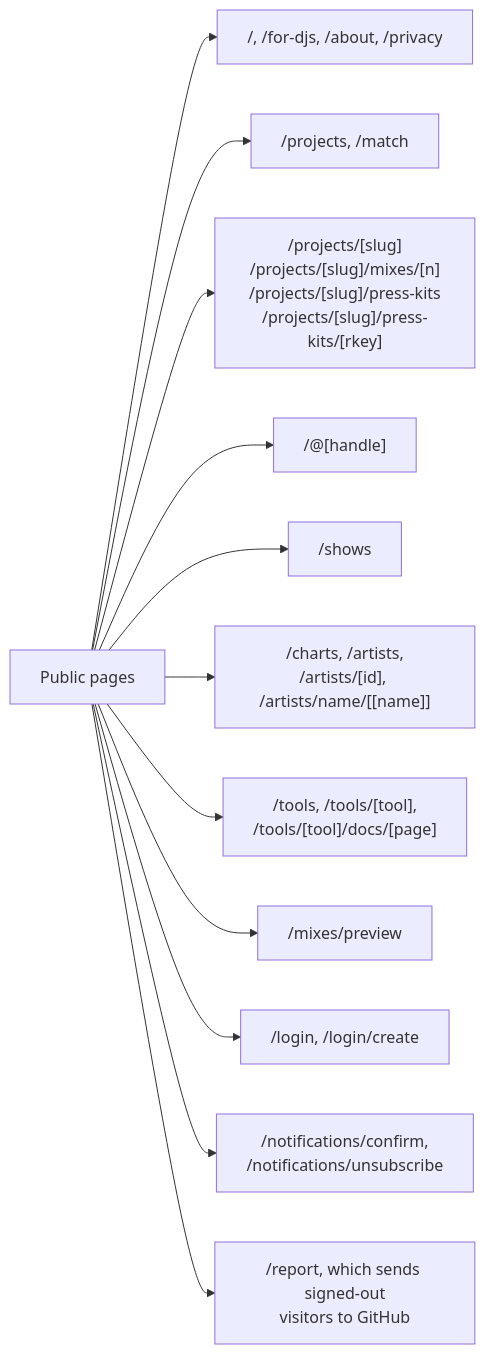
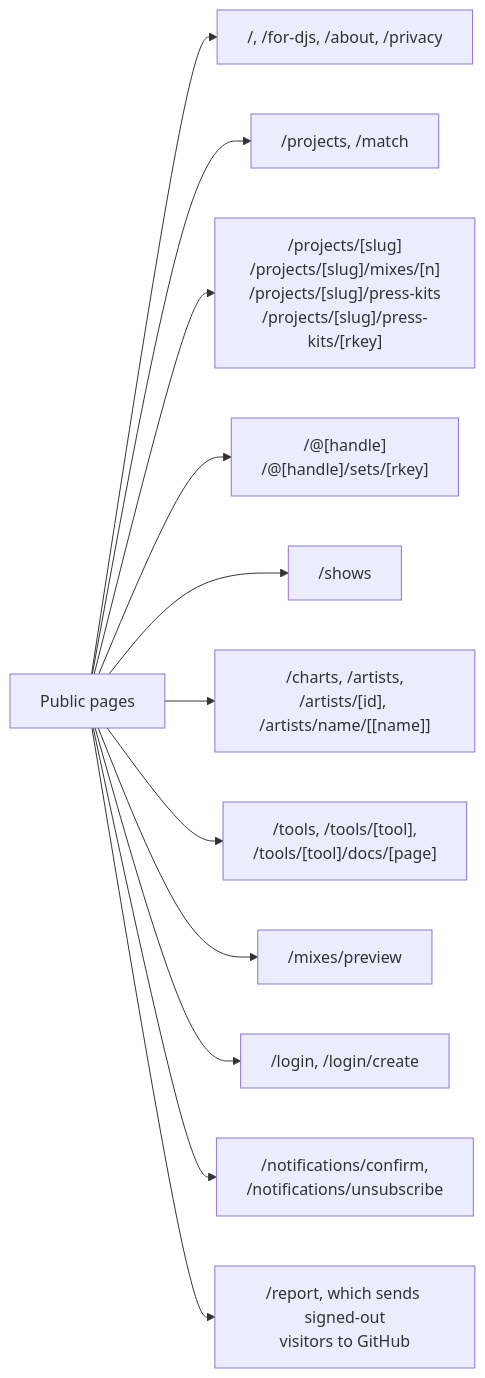
The seventh of 11 diagrams in apps/web/docs/diagrams/requests-and-routes.md (cutenode/localnetwork), drawn with Mermaid before and after one commit. The commit also changed other lines of this file and 24 other files, not shown here.

First line of the commit message:
feat(web): give each set a page at /@handle/sets/<rkey>

````diff
--- a/apps/web/docs/diagrams/requests-and-routes.md
+++ b/apps/web/docs/diagrams/requests-and-routes.md
@@ -149,15 +149,15 @@
 ```mermaid
 flowchart LR
   Public["Public pages"]
   Public --> Home["/, /for-djs, /about, /privacy"]
   Public --> Find["/projects, /match"]
   Public --> Performer["/projects/[slug]<br/>/projects/[slug]/mixes/[n]<br/>/projects/[slug]/press-kits<br/>/projects/[slug]/press-kits/[rkey]"]
-  Public --> Profile["/@[handle]"]
+  Public --> Profile["/@[handle]<br/>/@[handle]/sets/[rkey]"]
   Public --> Shows["/shows"]
   Public --> Music["/charts, /artists,<br/>/artists/[id], /artists/name/[[name]]"]
   Public --> Tools["/tools, /tools/[tool],<br/>/tools/[tool]/docs/[page]"]
   Public --> Preview["/mixes/preview"]
   Public --> Signin["/login, /login/create"]
   Public --> Mail["/notifications/confirm,<br/>/notifications/unsubscribe"]
   Public --> Report["/report, which sends signed-out<br/>visitors to GitHub"]
 ```
````
